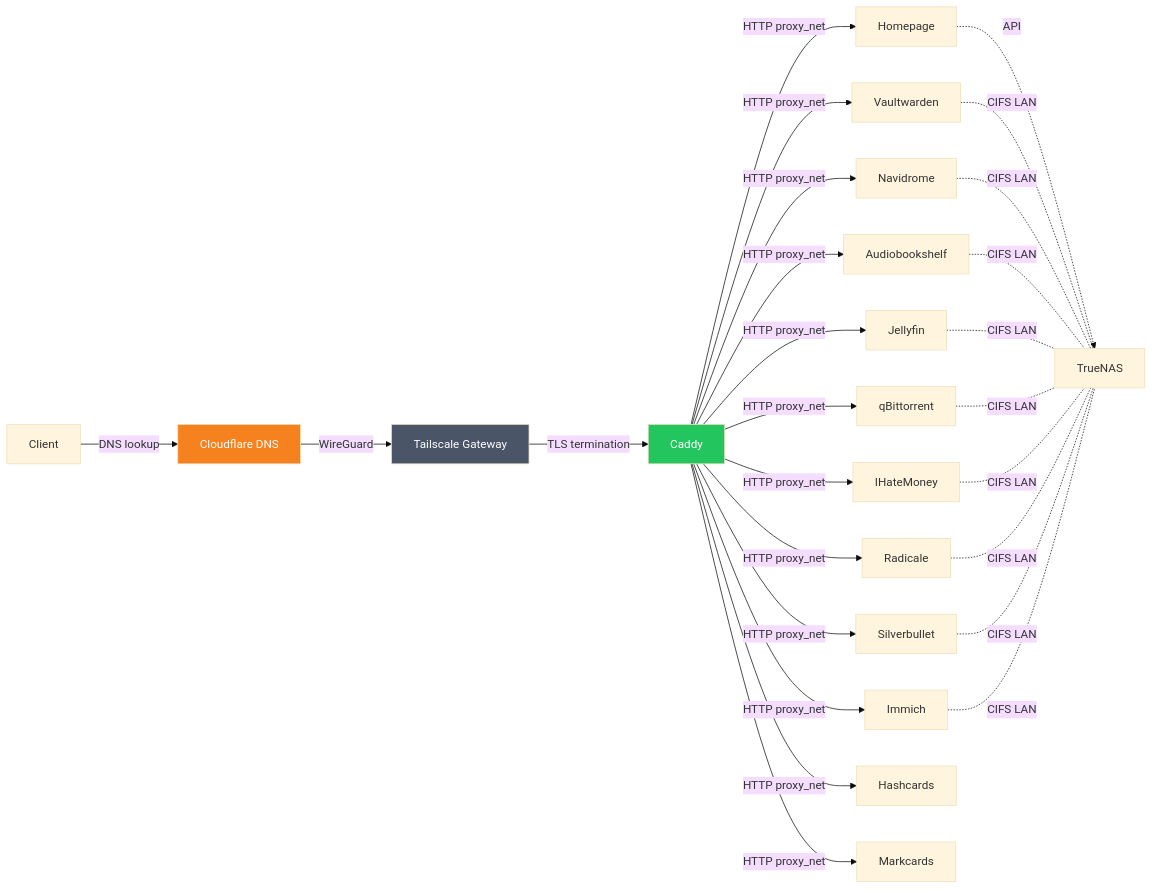
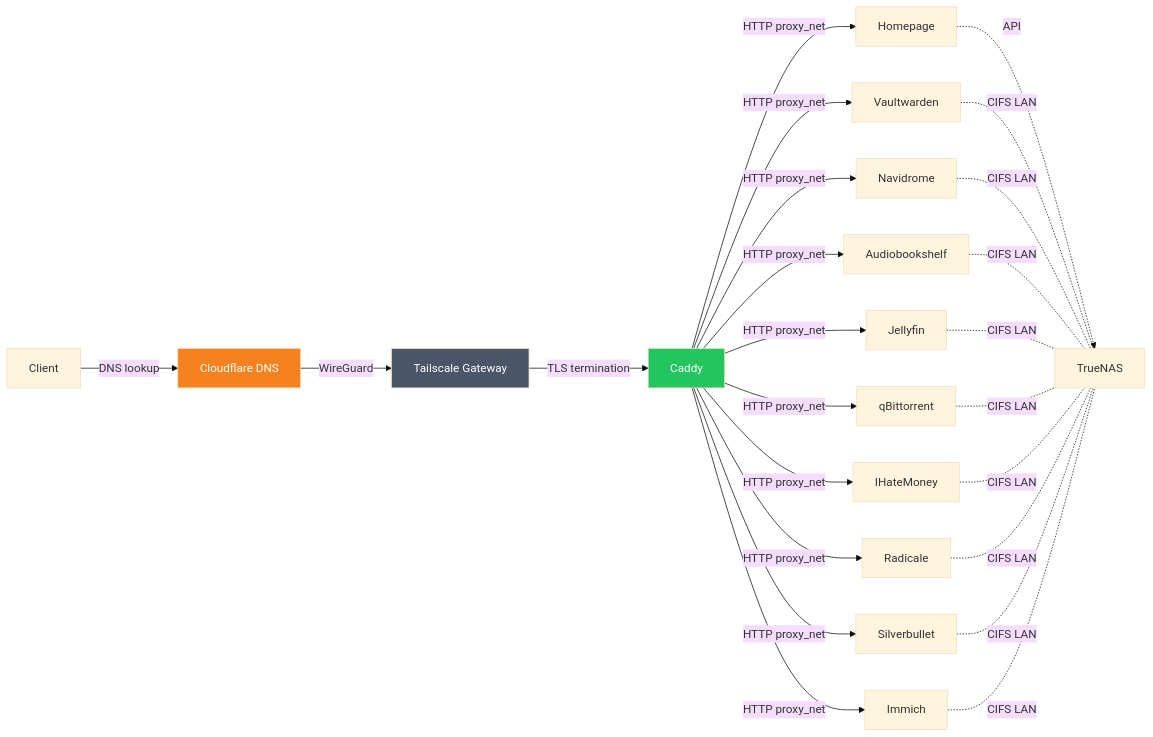
The second of 2 diagrams in README.md (masolnada/homelab), drawn with Mermaid (base theme) before and after one commit. The commit also changed other lines of this file and 8 other files, not shown here.

````diff
--- a/README.md
+++ b/README.md
@@ -90,32 +85,30 @@
 ```mermaid
 graph LR
     Client -->|DNS lookup| CF[Cloudflare DNS]
     CF -->|WireGuard| TS[Tailscale Gateway]
     TS -->|TLS termination| Caddy
     Caddy -->|HTTP proxy_net| Homepage
     Caddy -->|HTTP proxy_net| Vaultwarden
     Caddy -->|HTTP proxy_net| Navidrome
     Caddy -->|HTTP proxy_net| Audiobookshelf
     Caddy -->|HTTP proxy_net| IHateMoney
     Caddy -->|HTTP proxy_net| Jellyfin
     Caddy -->|HTTP proxy_net| qBittorrent
     Caddy -->|HTTP proxy_net| Radicale
     Caddy -->|HTTP proxy_net| Silverbullet
     Caddy -->|HTTP proxy_net| Immich
-    Caddy -->|HTTP proxy_net| Hashcards
-    Caddy -->|HTTP proxy_net| Markcards
     Homepage -.->|API| NAS[TrueNAS]
     Vaultwarden -.-|CIFS LAN| NAS
     Navidrome -.-|CIFS LAN| NAS
     Audiobookshelf -.-|CIFS LAN| NAS
     Jellyfin -.-|CIFS LAN| NAS
     qBittorrent -.-|CIFS LAN| NAS
     IHateMoney -.-|CIFS LAN| NAS
     Radicale -.-|CIFS LAN| NAS
     Silverbullet -.-|CIFS LAN| NAS
     Immich -.-|CIFS LAN| NAS
 
     style CF fill:#f6821f,color:#fff
     style TS fill:#4a5568,color:#fff
     style Caddy fill:#22c55e,color:#fff
 ```
````
